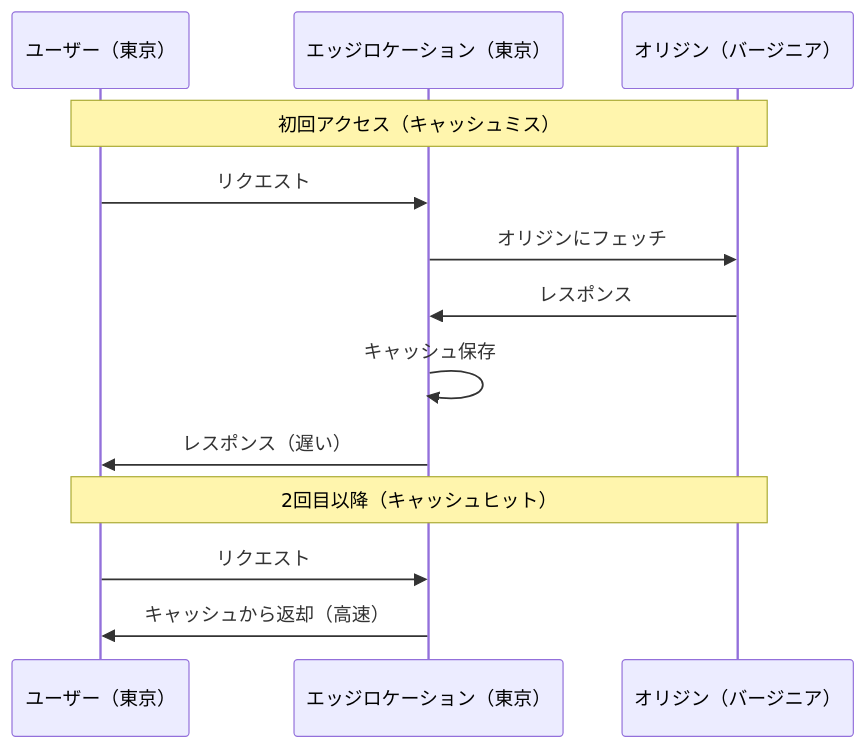
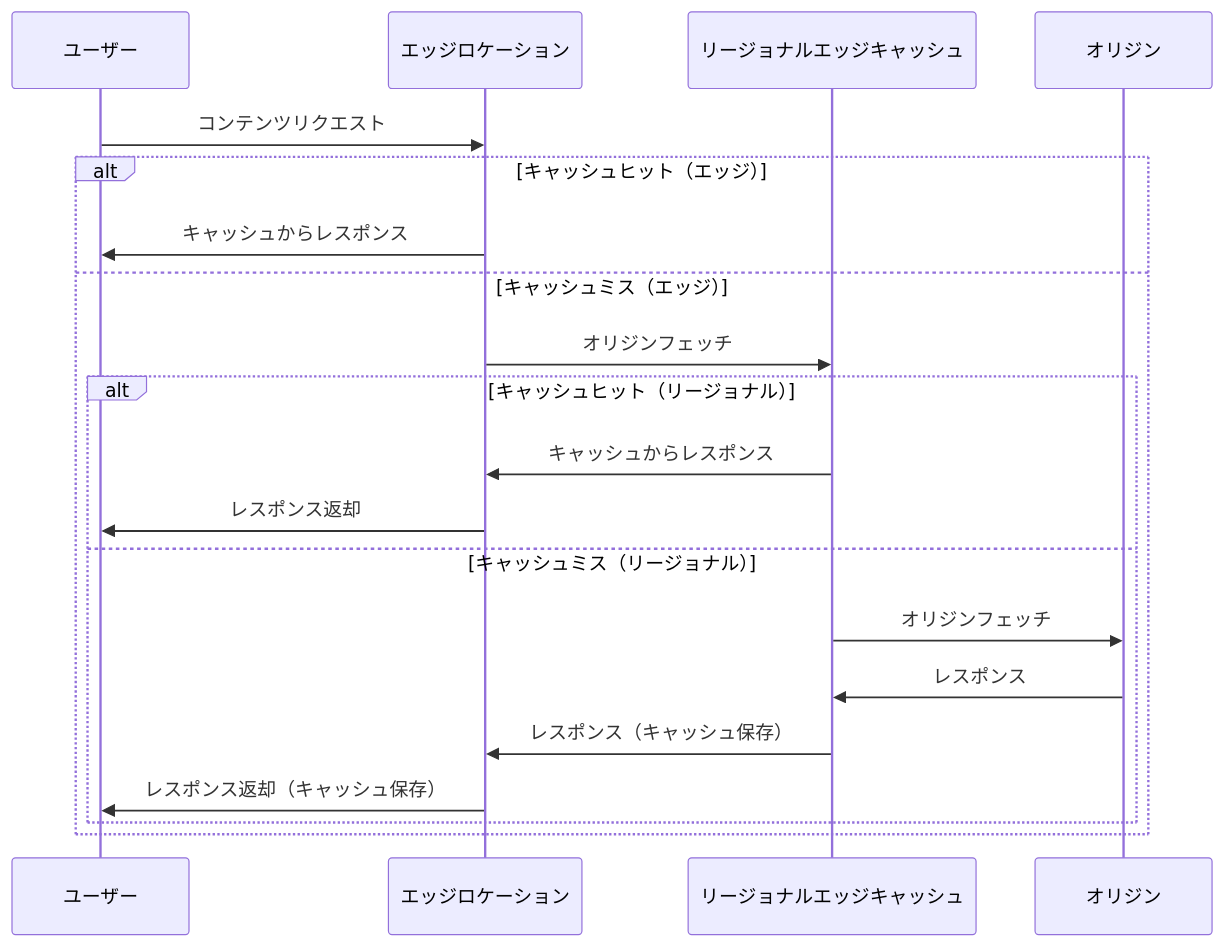
The second of 3 diagrams in roadmap/aws-cloudfront.md (MaitaTomoya/mt.github.io), drawn with Mermaid before and after one commit. The commit also changed other lines of this file and 2 other files, not shown here.

First line of the commit message:
feat: IAM記事を大幅強化（983行・Mermaid図8つ）+ RDS/CloudFront記事を拡充

````diff
--- a/roadmap/aws-cloudfront.md
+++ b/roadmap/aws-cloudfront.md
@@ -25,17 +62,23 @@
 ```mermaid
 sequenceDiagram
-    participant U as ユーザー（東京）
-    participant E as エッジロケーション（東京）
-    participant O as オリジン（バージニア）
+    participant User as ユーザー
+    participant Edge as エッジロケーション
+    participant REC as リージョナルエッジキャッシュ
+    participant Origin as オリジン
 
-    Note over U,O: 初回アクセス（キャッシュミス）
-    U->>E: リクエスト
-    E->>O: オリジンにフェッチ
-    O->>E: レスポンス
-    E->>E: キャッシュ保存
-    E->>U: レスポンス（遅い）
-
-    Note over U,O: 2回目以降（キャッシュヒット）
-    U->>E: リクエスト
-    E->>U: キャッシュから返却（高速）
+    User->>Edge: コンテンツリクエスト
+    alt キャッシュヒット（エッジ）
+        Edge->>User: キャッシュからレスポンス
+    else キャッシュミス（エッジ）
+        Edge->>REC: オリジンフェッチ
+        alt キャッシュヒット（リージョナル）
+            REC->>Edge: キャッシュからレスポンス
+            Edge->>User: レスポンス返却
+        else キャッシュミス（リージョナル）
+            REC->>Origin: オリジンフェッチ
+            Origin->>REC: レスポンス
+            REC->>Edge: レスポンス（キャッシュ保存）
+            Edge->>User: レスポンス返却（キャッシュ保存）
+        end
+    end
 ```
````
